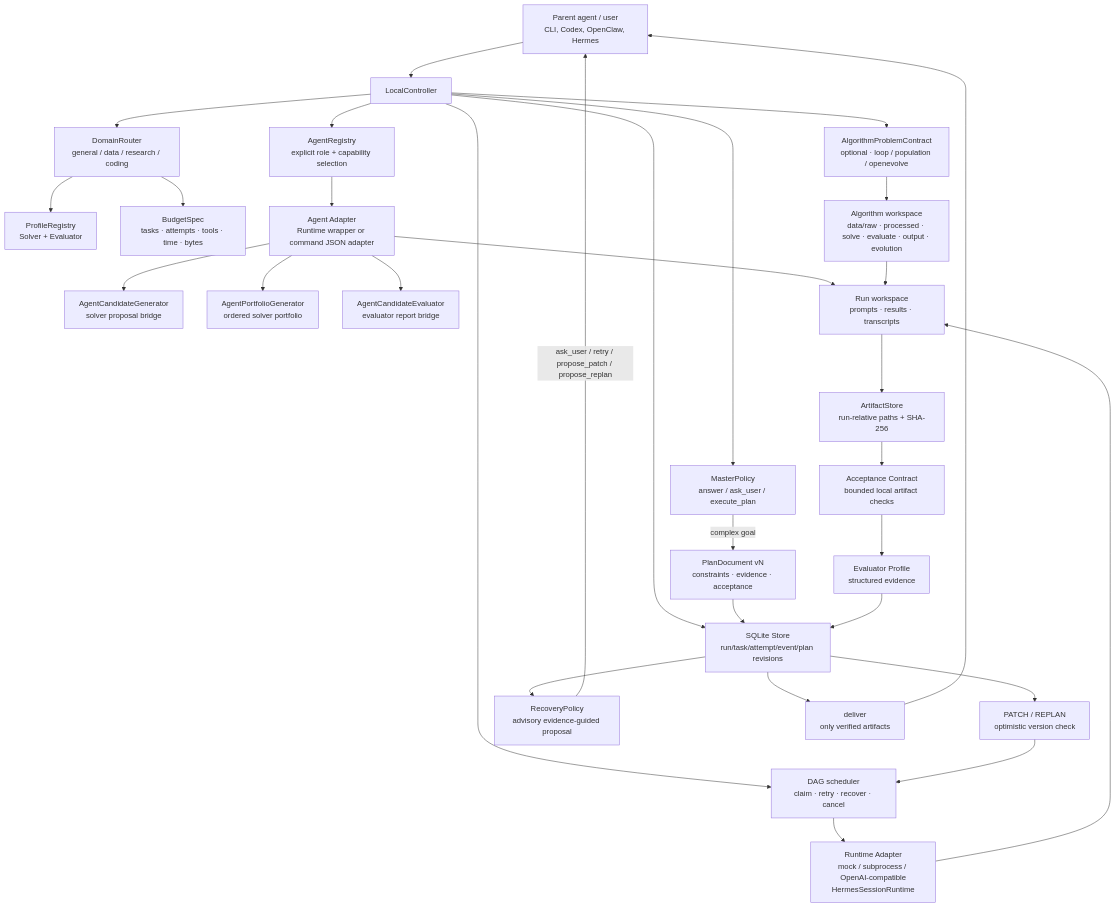
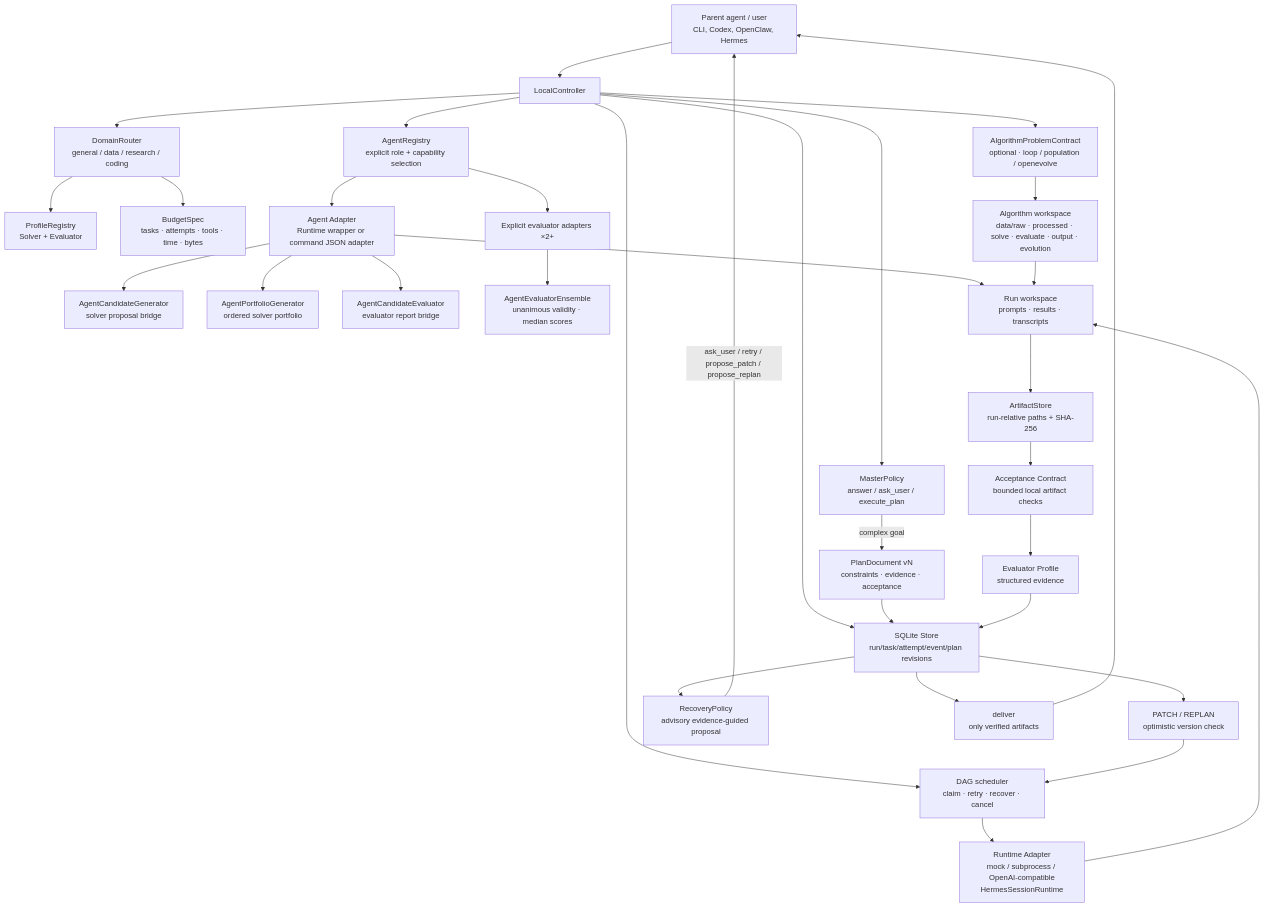
The diagram in docs/architecture.md (vchive/Lunar-Agent), drawn with Mermaid before and after one commit. The commit also changed other lines of this file and 13 other files, not shown here.

````diff
--- a/docs/architecture.md
+++ b/docs/architecture.md
@@ -8,33 +8,35 @@
 ```mermaid
 flowchart TD
     P[Parent agent / user\nCLI, Codex, OpenClaw, Hermes] --> C[LocalController]
     C --> R[DomainRouter\ngeneral / data / research / coding]
     R --> PR[ProfileRegistry\nSolver + Evaluator]
     C --> AP[AlgorithmProblemContract\noptional · loop / population / openevolve]
     R --> B[BudgetSpec\ntasks · attempts · tools · time · bytes]
     C --> M[MasterPolicy\nanswer / ask_user / execute_plan]
     M -->|complex goal| PD[PlanDocument vN\nconstraints · evidence · acceptance]
     C --> S[SQLite Store\nrun/task/attempt/event/plan revisions]
     PD --> S
     C --> D[DAG scheduler\nclaim · retry · recover · cancel]
     D --> A[Runtime Adapter\nmock / subprocess / OpenAI-compatible\nHermesSessionRuntime]
     C --> AR[AgentRegistry\nexplicit role + capability selection]
     AR --> AA[Agent Adapter\nRuntime wrapper or command JSON adapter]
     AA --> AG[AgentCandidateGenerator\nsolver proposal bridge]
     AA --> PG[AgentPortfolioGenerator\nordered solver portfolio]
     AA --> AE[AgentCandidateEvaluator\nevaluator report bridge]
+    AR --> EA[Explicit evaluator adapters ×2+]
+    EA --> EE[AgentEvaluatorEnsemble\nunanimous validity · median scores]
     A --> W[Run workspace\nprompts · results · transcripts]
     AA --> W
     AP --> AW[Algorithm workspace\ndata/raw · processed · solve · evaluate · output · evolution]
     AW --> W
     W --> AS[ArtifactStore\nrun-relative paths + SHA-256]
     AS --> AC[Acceptance Contract\nbounded local artifact checks]
     AC --> E[Evaluator Profile\nstructured evidence]
     E --> S
     S --> V[PATCH / REPLAN\noptimistic version check]
     V --> D
     S --> RP[RecoveryPolicy\nadvisory evidence-guided proposal]
     RP -->|ask_user / retry / propose_patch / propose_replan| P
     S --> DL[deliver\nonly verified artifacts]
     DL --> P
 ```
````
